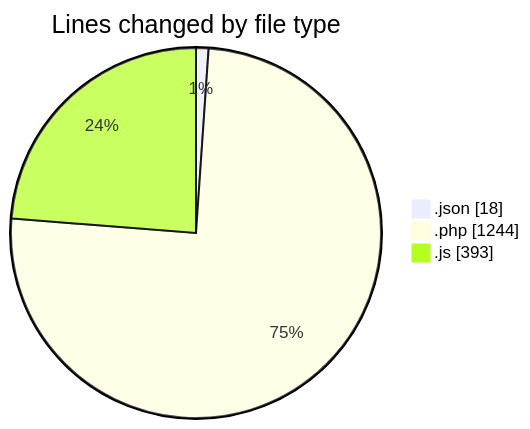
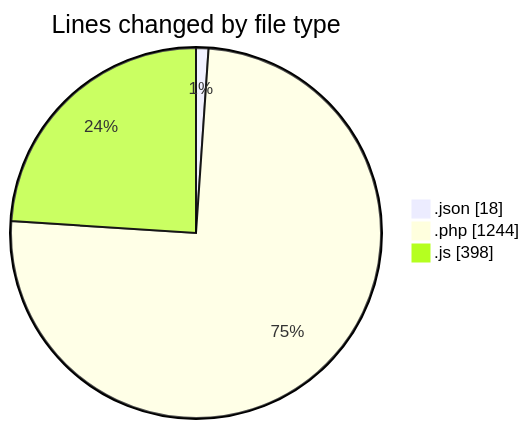
One commit to debugP/code-tracking changed the first of 2 diagrams in 2025-09-26/untitled__workspace_/README.md. Above: the diagram before and after it, drawn with Mermaid. The commit also changed other lines of this file and 1 other file, not shown here.

````diff
--- a/2025-09-26/untitled__workspace_/README.md
+++ b/2025-09-26/untitled__workspace_/README.md
@@ -24,7 +24,7 @@
 ```mermaid
 pie showData
 title Lines changed by file type
 ".json" : 18
 ".php" : 1244
-".js" : 393
+".js" : 398
 ```
````
